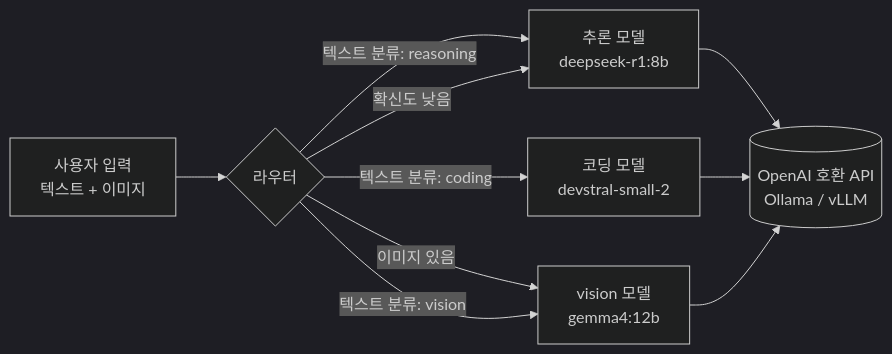
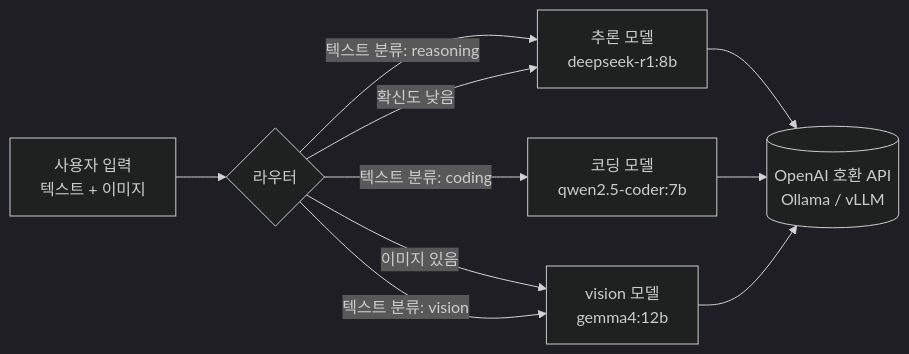
Before and after one commit to dpcivl/ai-routing-trial: the diagram in docs/architecture.md, drawn with Mermaid (dark theme). The commit also changed other lines of this file and 2 other files, not shown here.

````diff
--- a/docs/architecture.md
+++ b/docs/architecture.md
@@ -5,12 +5,12 @@
 ```mermaid
 flowchart LR
     U[사용자 입력<br/>텍스트 + 이미지] --> R{라우터}
     R -->|이미지 있음| V[vision 모델<br/>gemma4:12b]
     R -->|텍스트 분류: reasoning| RS[추론 모델<br/>deepseek-r1:8b]
-    R -->|텍스트 분류: coding| C[코딩 모델<br/>devstral-small-2]
+    R -->|텍스트 분류: coding| C[코딩 모델<br/>qwen2.5-coder:7b]
     R -->|텍스트 분류: vision| V
     R -->|확신도 낮음| RS
     RS --> B[(OpenAI 호환 API<br/>Ollama / vLLM)]
     C --> B
     V --> B
 ```
````
